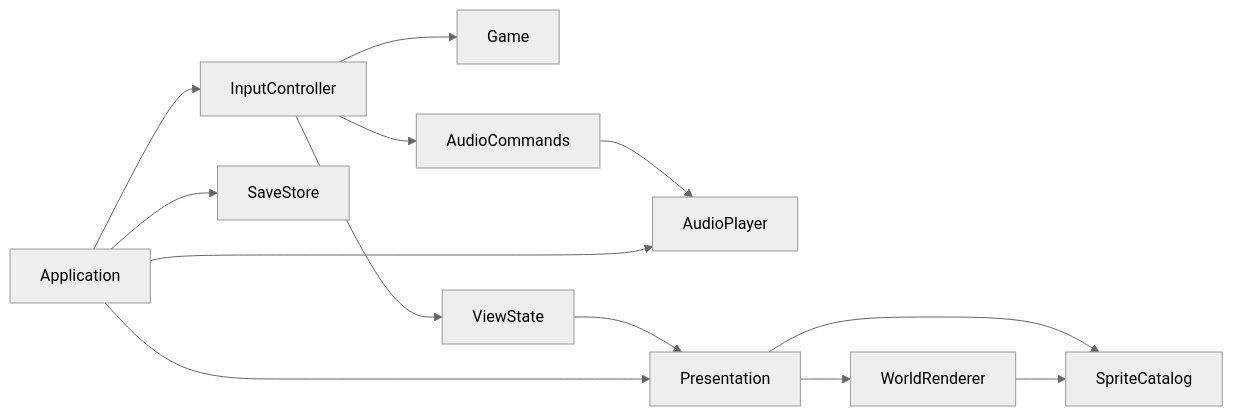
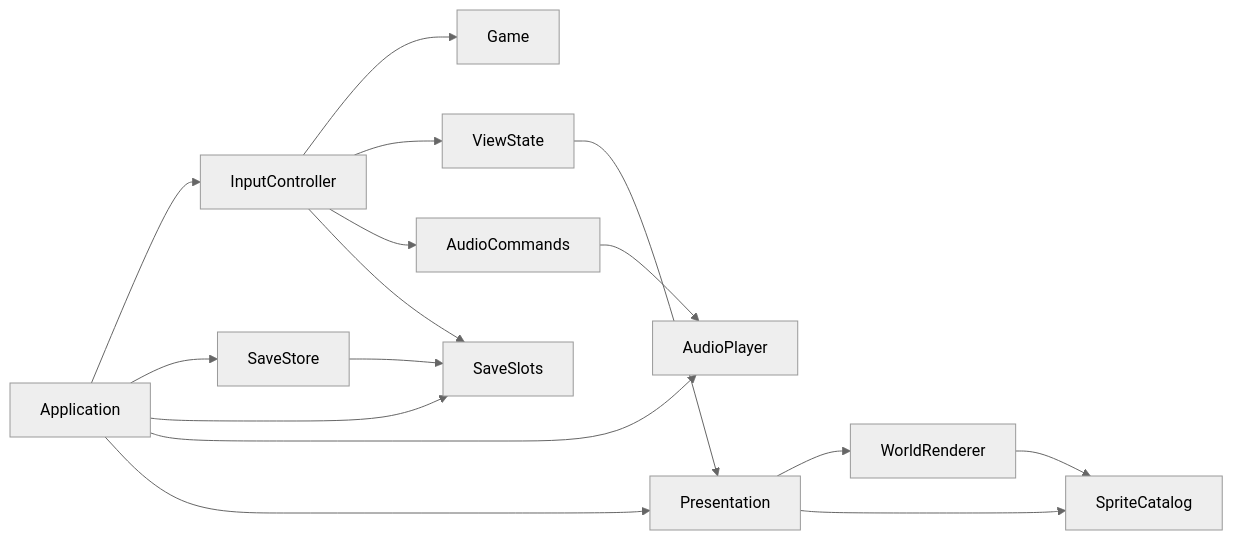
One commit to williamjasperbehnke/plants-versus-zombies changed the diagram in docs/DEVELOPMENT.md. Above: the diagram before and after it, drawn with Mermaid (neutral theme). The commit also changed other lines of this file and 45 other files, not shown here.

````diff
--- a/docs/DEVELOPMENT.md
+++ b/docs/DEVELOPMENT.md
@@ -35,15 +35,18 @@
 ```mermaid
 flowchart LR
     A[Application] --> C[InputController]
     C --> G[Game]
     C --> V[ViewState]
     C --> Q[AudioCommands]
     A --> S[SaveStore]
+    A --> B[SaveSlots]
+    C --> B
+    S --> B
     A --> U[AudioPlayer]
     Q --> U
     A --> P[Presentation]
     V --> P
     P --> W[WorldRenderer]
     W --> R[SpriteCatalog]
     P --> R
 ```
````
